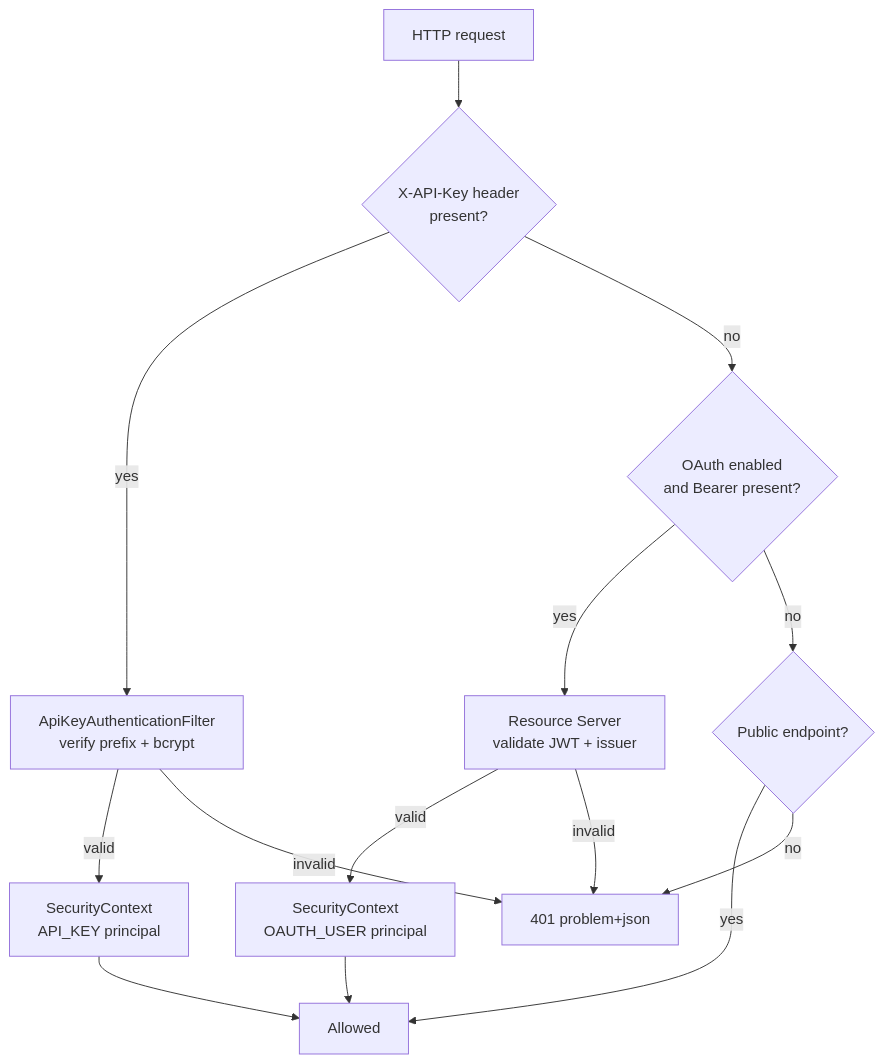
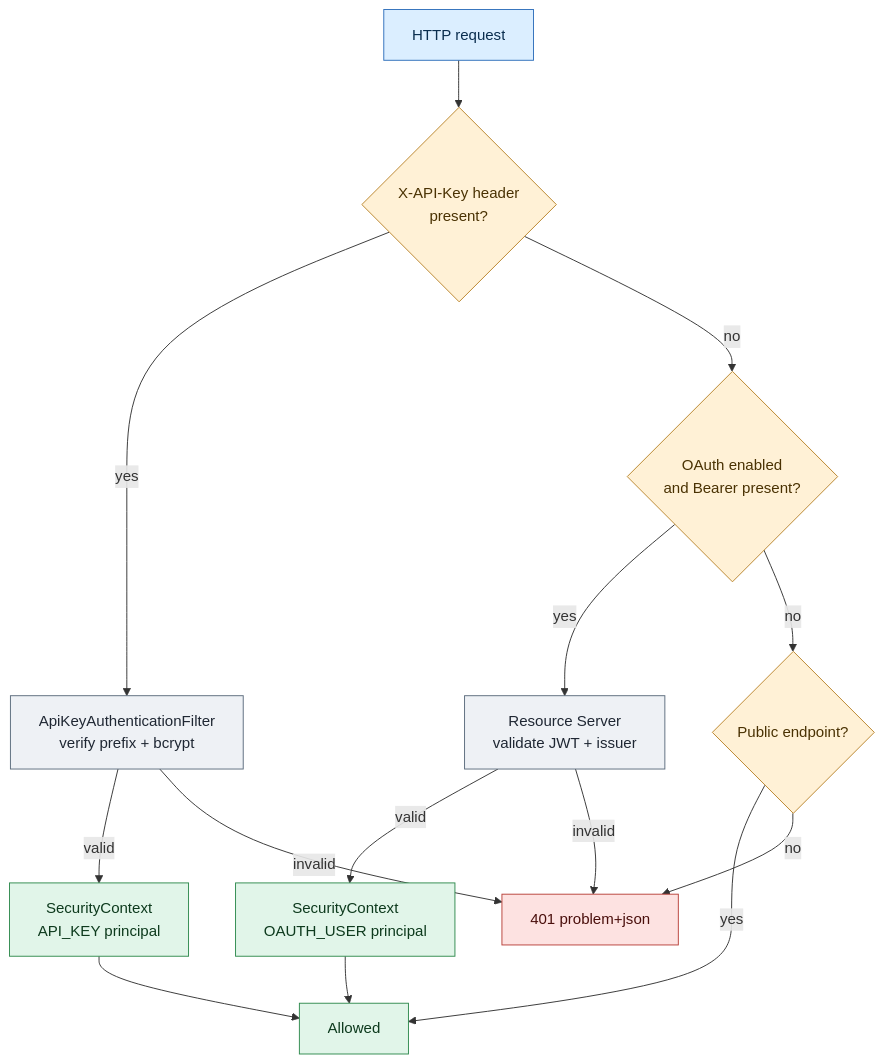
Before and after one commit to toresoft/sign-verify: the first of 2 diagrams in docs/en/03-authentication.md, drawn with Mermaid. The commit also changed other lines of this file and 23 other files, not shown here.

First line of the commit message:
docs: expand EN/IT guides with glossary and component-map diagram

````diff
--- a/docs/en/03-authentication.md
+++ b/docs/en/03-authentication.md
@@ -19,16 +19,27 @@
 ```mermaid
 flowchart TD
     R[HTTP request] --> AK{X-API-Key header\npresent?}
     AK -- yes --> V[ApiKeyAuthenticationFilter\nverify prefix + bcrypt]
     V -- valid --> CTX[SecurityContext\nAPI_KEY principal]
     V -- invalid --> U401[401 problem+json]
     AK -- no --> O{OAuth enabled\nand Bearer present?}
     O -- yes --> J[Resource Server\nvalidate JWT + issuer]
     J -- valid --> CTX2[SecurityContext\nOAUTH_USER principal]
     J -- invalid --> U401
     O -- no --> ANON{Public endpoint?}
     ANON -- yes --> OK[Allowed]
     ANON -- no --> U401
     CTX --> OK
     CTX2 --> OK
+
+    classDef input fill:#dbeeff,stroke:#2f6fbb,color:#0b2e4f
+    classDef decision fill:#fff1d6,stroke:#b9842a,color:#4a3203
+    classDef app fill:#eef1f5,stroke:#5b6b7c,color:#1f2733
+    classDef success fill:#e1f5e9,stroke:#2f8a4e,color:#0d3a1d
+    classDef failure fill:#fde2e1,stroke:#b8413a,color:#4a0f0c
+    class R input
+    class AK,O,ANON decision
+    class V,J app
+    class CTX,CTX2,OK success
+    class U401 failure
 ```
````
